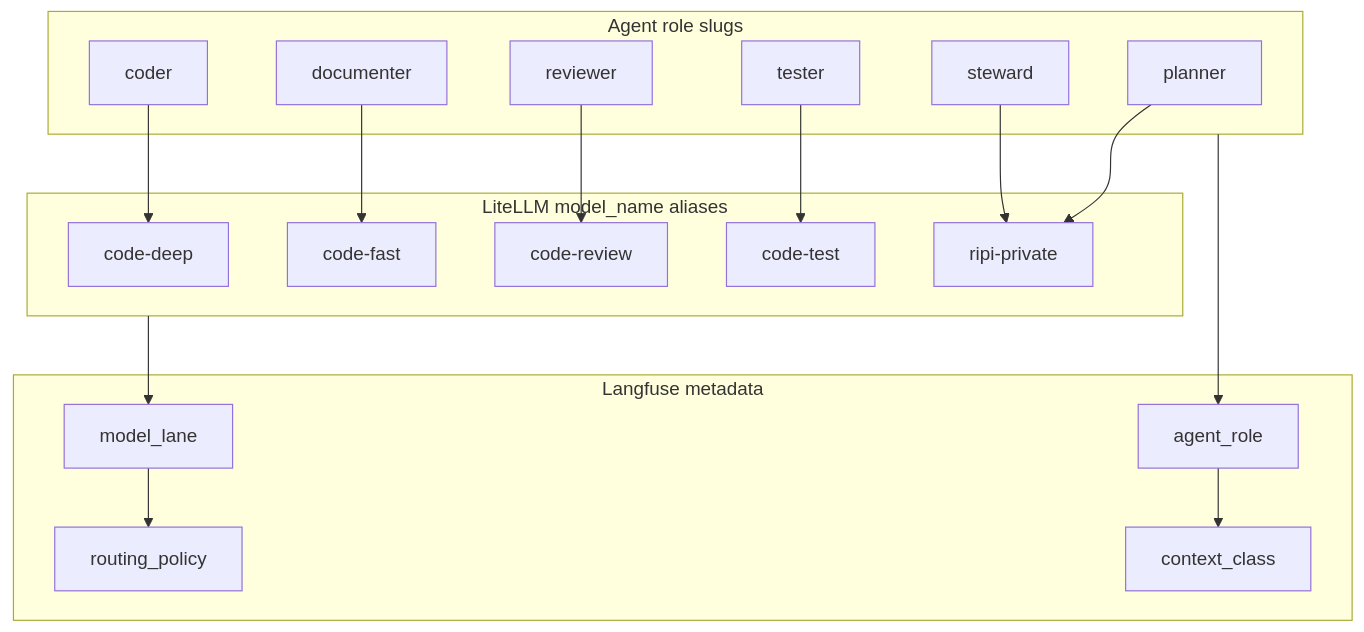
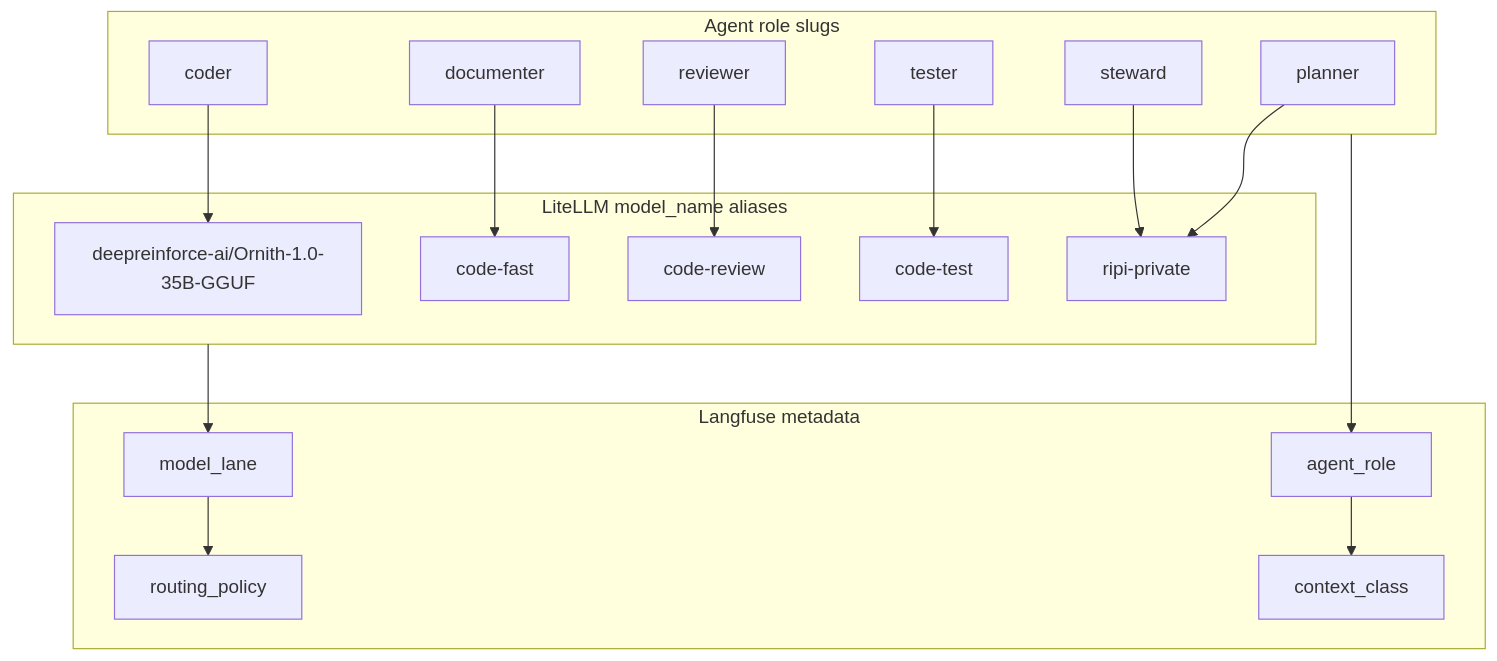
Before and after one commit to doesitscript/dotfile-vnext: the third of 3 diagrams in docs/plans/2026-05-29--ai-agent-workflow-ide-client-incomplete-wip/README.md, drawn with Mermaid. The commit also changed other lines of this file and 52 other files, not shown here.

````diff
--- a/docs/plans/2026-05-29--ai-agent-workflow-ide-client-incomplete-wip/README.md
+++ b/docs/plans/2026-05-29--ai-agent-workflow-ide-client-incomplete-wip/README.md
@@ -131,37 +131,37 @@
 ```mermaid
 graph TB
   subgraph agent_roles [Agent role slugs]
     planner["planner"]
     coder["coder"]
     tester["tester"]
     reviewer["reviewer"]
     documenter["documenter"]
     steward["steward"]
   end
 
   subgraph model_lanes [LiteLLM model_name aliases]
-    codeDeep["code-deep"]
+    codeDeep["deepreinforce-ai/Ornith-1.0-35B-GGUF"]
     codeFast["code-fast"]
     codeReview["code-review"]
     codeTest["code-test"]
     ripiPrivate["ripi-private"]
   end
 
   subgraph trace [Langfuse metadata]
     agentRole["agent_role"]
     modelLane["model_lane"]
     routingPolicy["routing_policy"]
     contextClass["context_class"]
   end
 
   planner --> ripiPrivate
   coder --> codeDeep
   tester --> codeTest
   reviewer --> codeReview
   documenter --> codeFast
   steward --> ripiPrivate
   agent_roles --> agentRole
   model_lanes --> modelLane
   modelLane --> routingPolicy
   agentRole --> contextClass
 ```
````
